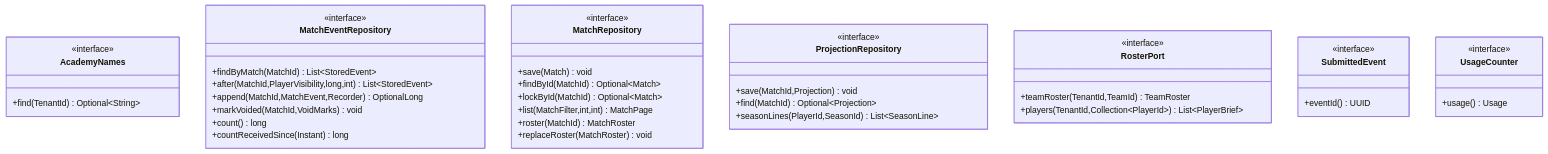
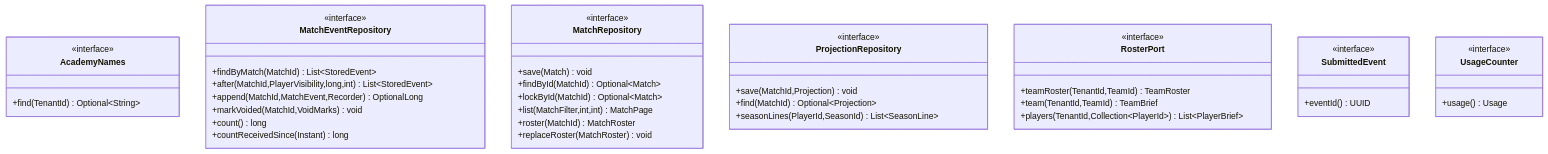
The seventh of 9 diagrams in docs/domain/game-model.md (davidbejar/hoops-academy), drawn with Mermaid before and after one commit. The commit also changed 7 other files, not shown here.

````diff
--- a/docs/domain/game-model.md
+++ b/docs/domain/game-model.md
@@ -514,44 +514,45 @@
 ```mermaid
 classDiagram
     class AcademyNames {
         <<interface>>
         +find(TenantId) Optional~String~
     }
     class MatchEventRepository {
         <<interface>>
         +findByMatch(MatchId) List~StoredEvent~
         +after(MatchId,PlayerVisibility,long,int) List~StoredEvent~
         +append(MatchId,MatchEvent,Recorder) OptionalLong
         +markVoided(MatchId,VoidMarks) void
         +count() long
         +countReceivedSince(Instant) long
     }
     class MatchRepository {
         <<interface>>
         +save(Match) void
         +findById(MatchId) Optional~Match~
         +lockById(MatchId) Optional~Match~
         +list(MatchFilter,int,int) MatchPage
         +roster(MatchId) MatchRoster
         +replaceRoster(MatchRoster) void
     }
     class ProjectionRepository {
         <<interface>>
         +save(MatchId,Projection) void
         +find(MatchId) Optional~Projection~
         +seasonLines(PlayerId,SeasonId) List~SeasonLine~
     }
     class RosterPort {
         <<interface>>
         +teamRoster(TenantId,TeamId) TeamRoster
+        +team(TenantId,TeamId) TeamBrief
         +players(TenantId,Collection~PlayerId~) List~PlayerBrief~
     }
     class SubmittedEvent {
         <<interface>>
         +eventId() UUID
     }
     class UsageCounter {
         <<interface>>
         +usage() Usage
     }
 ```
````
